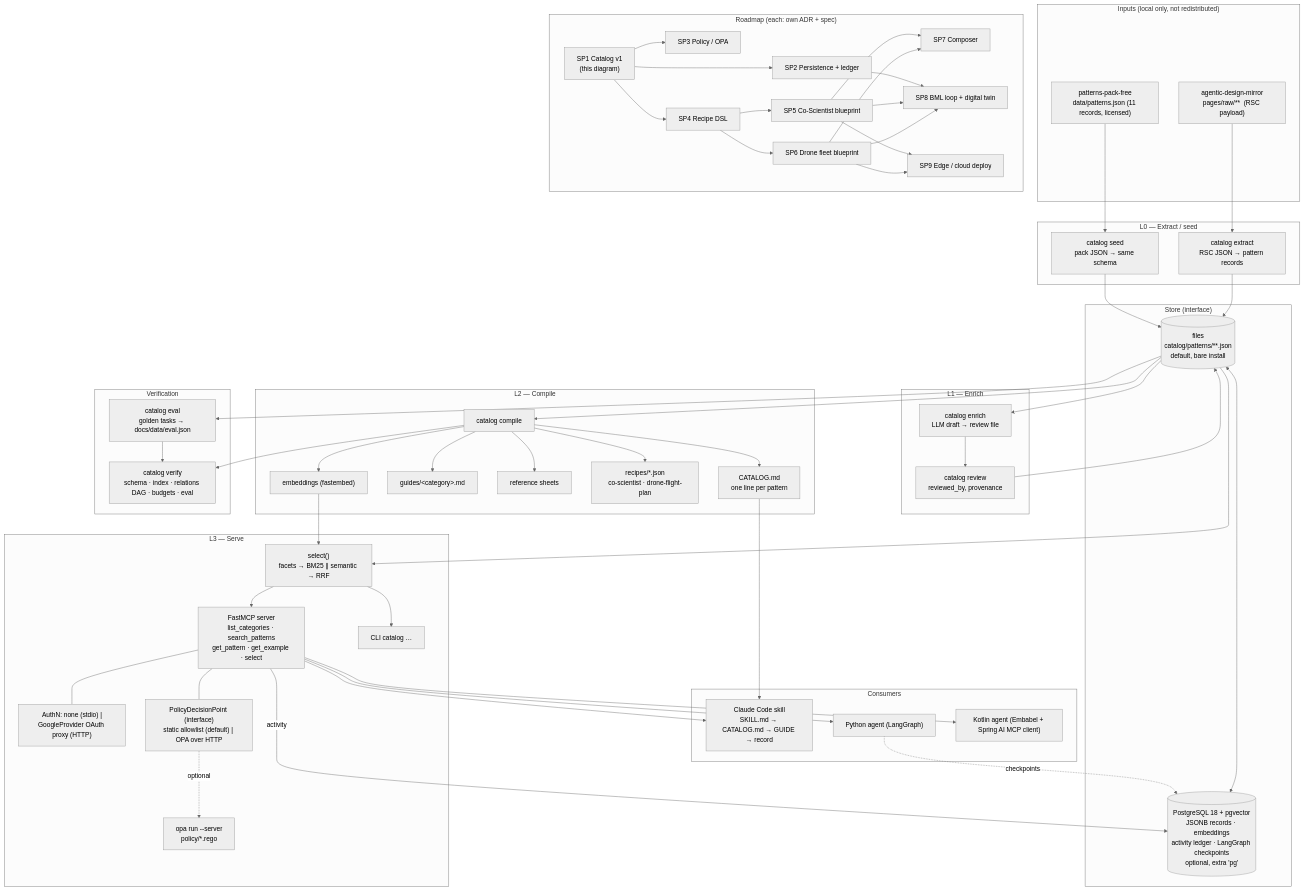
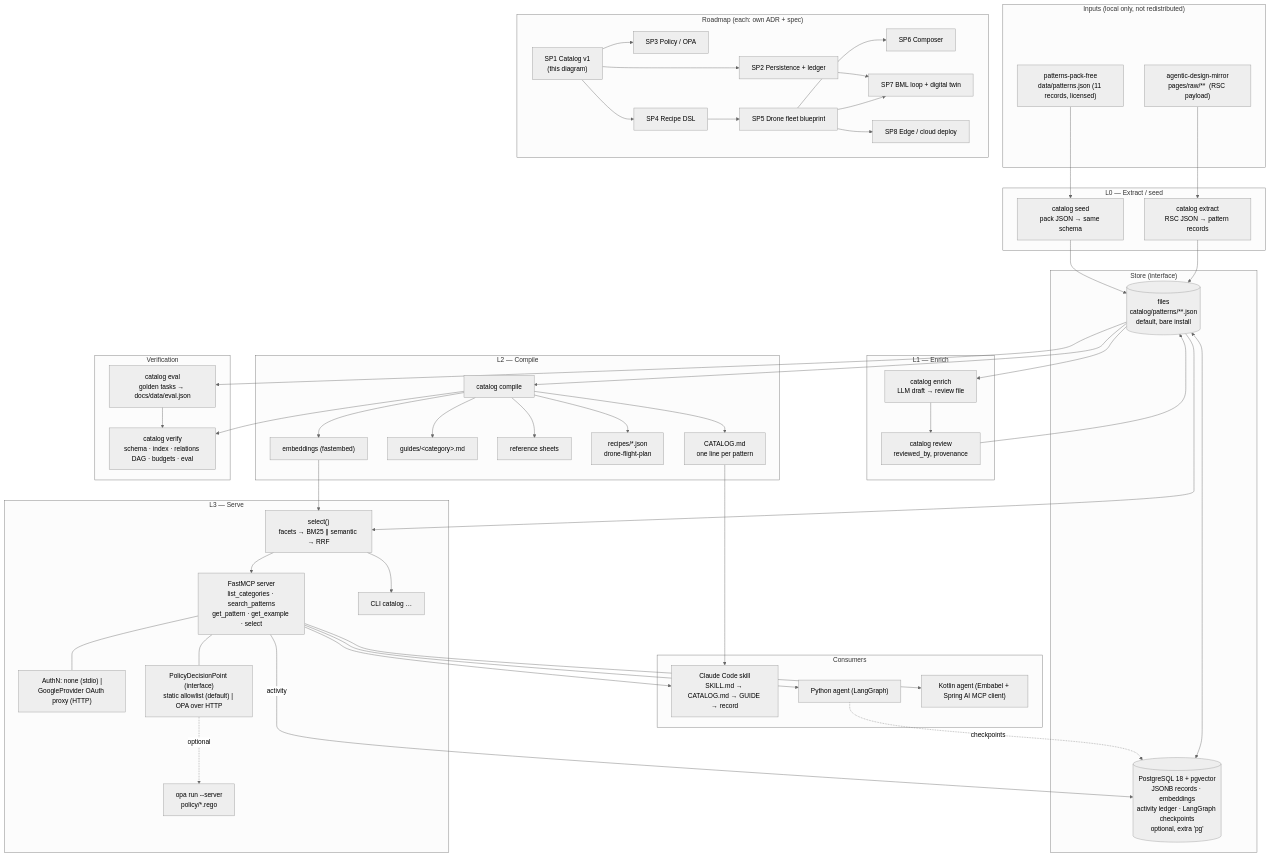
The diagram in docs/architecture.mmd (cdevarenne/agentic-patterns-catalog), drawn with Mermaid (neutral theme) before and after one commit. The commit also changed 4 other files, not shown here.

```diff
--- a/docs/architecture.mmd
+++ b/docs/architecture.mmd
@@ -1,83 +1,82 @@
 %% Agentic Patterns Catalog — component architecture (SP1) and sub-project roadmap.
 %% Source of truth for this diagram: docs/superpowers/specs/2026-09-12-agentic-patterns-catalog-design.md
 flowchart TB
   subgraph inputs["Inputs (local only, not redistributed)"]
     mirror["agentic-design-mirror<br/>pages/raw/**  (RSC payload)"]
     pack["patterns-pack-free<br/>data/patterns.json (11 records, licensed)"]
   end
 
   subgraph l0["L0 — Extract / seed"]
     extract["catalog extract<br/>RSC JSON → pattern records"]
     seed["catalog seed<br/>pack JSON → same schema"]
   end
 
   subgraph store["Store (interface)"]
     files[("files<br/>catalog/patterns/**.json<br/>default, bare install")]
     pg[("PostgreSQL 18 + pgvector<br/>JSONB records · embeddings<br/>activity ledger · LangGraph checkpoints<br/>optional, extra 'pg'")]
   end
 
   subgraph l1["L1 — Enrich"]
     enrich["catalog enrich<br/>LLM draft → review file"]
     review["catalog review<br/>reviewed_by, provenance"]
   end
 
   subgraph l2["L2 — Compile"]
     compile["catalog compile"]
     catmd["CATALOG.md<br/>one line per pattern"]
     guides["guides/&lt;category&gt;.md"]
     sheets["reference sheets"]
-    recipes["recipes/*.json<br/>co-scientist · drone-flight-plan"]
+    recipes["recipes/*.json<br/>drone-flight-plan"]
     emb["embeddings (fastembed)"]
   end
 
   subgraph l3["L3 — Serve"]
     select["select()<br/>facets → BM25 ∥ semantic → RRF"]
     mcp["FastMCP server<br/>list_categories · search_patterns<br/>get_pattern · get_example · select"]
     cli["CLI  catalog …"]
     authn["AuthN: none (stdio) |<br/>GoogleProvider OAuth proxy (HTTP)"]
     pdp["PolicyDecisionPoint (interface)<br/>static allowlist (default) | OPA over HTTP"]
     opa["opa run --server<br/>policy/*.rego"]
   end
 
   subgraph consumers["Consumers"]
     skill["Claude Code skill<br/>SKILL.md → CATALOG.md → GUIDE → record"]
     py["Python agent (LangGraph)"]
     kt["Kotlin agent (Embabel + Spring AI MCP client)"]
   end
 
   subgraph verify["Verification"]
     eval["catalog eval<br/>golden tasks → docs/data/eval.json"]
     ver["catalog verify<br/>schema · index · relations DAG · budgets · eval"]
   end
 
   mirror --> extract --> files
   pack --> seed --> files
   files <--> pg
   files --> enrich --> review --> files
   files --> compile
   compile --> catmd & guides & sheets & recipes & emb
   files --> select
   emb --> select
   select --> mcp
   select --> cli
   mcp --- authn
   mcp --- pdp
   pdp -. optional .-> opa
   mcp -- activity --> pg
   mcp --> skill & py & kt
   catmd --> skill
   py -. checkpoints .-> pg
   files --> eval --> ver
   compile --> ver
 
   subgraph roadmap["Roadmap (each: own ADR + spec)"]
     direction LR
     SP1["SP1 Catalog v1<br/>(this diagram)"] --> SP2["SP2 Persistence + ledger"]
     SP1 --> SP3["SP3 Policy / OPA"]
     SP1 --> SP4["SP4 Recipe DSL"]
-    SP4 --> SP5["SP5 Co-Scientist blueprint"]
-    SP4 --> SP6["SP6 Drone fleet blueprint"]
-    SP5 & SP6 --> SP7["SP7 Composer"]
-    SP2 & SP5 & SP6 --> SP8["SP8 BML loop + digital twin"]
-    SP5 & SP6 --> SP9["SP9 Edge / cloud deploy"]
+    SP4 --> SP5["SP5 Drone fleet blueprint"]
+    SP5 --> SP6["SP6 Composer"]
+    SP2 & SP5 --> SP7["SP7 BML loop + digital twin"]
+    SP5 --> SP8["SP8 Edge / cloud deploy"]
   end
```
